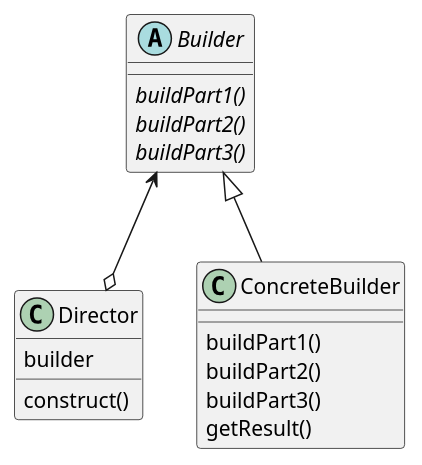
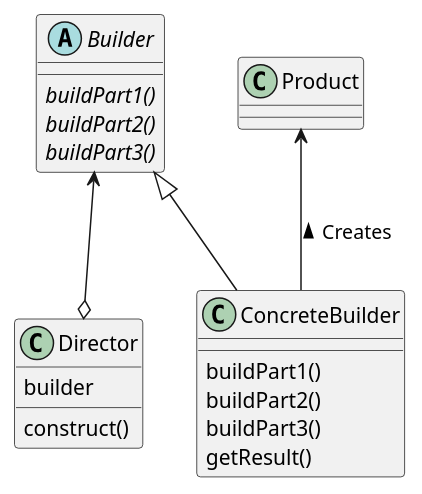
Before and after one commit to windowforsun/blog: the diagram in plantuml/designpattern/concept-builder-1.plantuml, drawn with PlantUML. The commit also changed 3 other files, not shown here.

```diff
--- a/plantuml/designpattern/concept-builder-1.plantuml
+++ b/plantuml/designpattern/concept-builder-1.plantuml
@@ -1,25 +1,28 @@
 @startuml
 
 class Director {
 	builder
 	construct()
 }
 
 abstract class Builder {
 	{abstract} buildPart1()
 	{abstract} buildPart2()
 	{abstract} buildPart3()
 }
 
 class ConcreteBuilder {
 	buildPart1()
 	buildPart2()
 	buildPart3()
 	getResult()
 }
 
+class Product {
+}
+
 Builder <--o Director
 Builder <|-- ConcreteBuilder
-
+Product <-- ConcreteBuilder : Creates <
 
 @enduml
```
